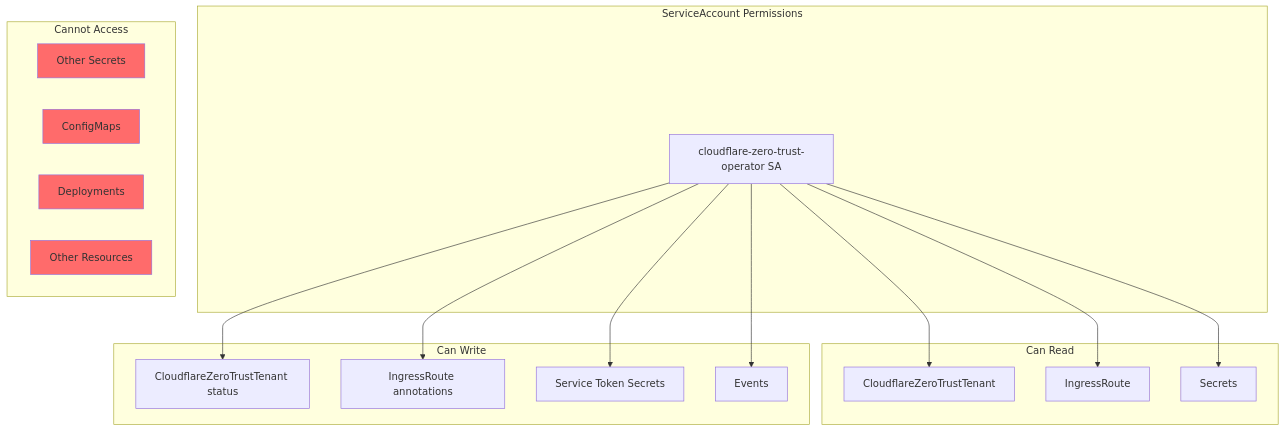
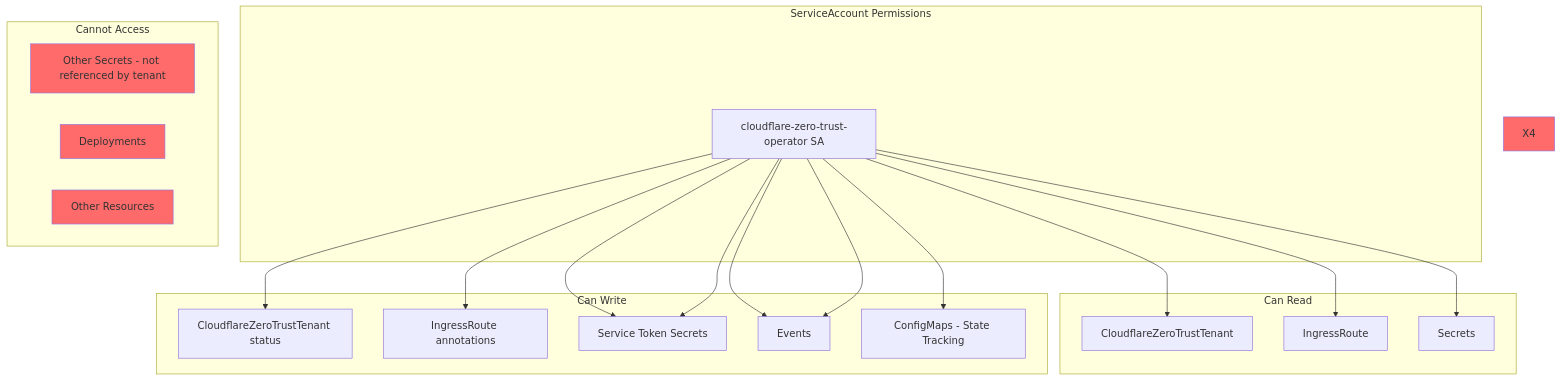
Diagram 12 of 16 in docs/architecture.md (wheetazlab/cloudflare-zero-trust-operator), drawn with Mermaid before and after one commit. The commit also changed other lines of this file and 13 other files, not shown here.

````diff
--- a/docs/architecture.md
+++ b/docs/architecture.md
@@ -620,39 +710,42 @@
 ```mermaid
 graph TB
     subgraph "ServiceAccount Permissions"
         SA[cloudflare-zero-trust-operator SA]
     end
     
     subgraph "Can Read"
         R1[CloudflareZeroTrustTenant]
         R2[IngressRoute]
         R3[Secrets]
     end
     
     subgraph "Can Write"
         W1[CloudflareZeroTrustTenant status]
         W2[IngressRoute annotations]
         W3[Service Token Secrets]
         W4[Events]
+        W5[ConfigMaps - State Tracking]
     end
     
     subgraph "Cannot Access"
-        X1[Other Secrets]
-        X2[ConfigMaps]
-        X3[Deployments]
-        X4[Other Resources]
+        X1[Other Secrets - not referenced by tenant]
+        X2[Deployments]
+        X3[Other Resources]
     end
     
     SA --> R1
     SA --> R2
     SA --> R3
     SA --> W1
     SA --> W2
     SA --> W3
     SA --> W4
+    SA --> W5
+    SA --> W3
+    SA --> W4
     
     style X1 fill:#FF6B6B
     style X2 fill:#FF6B6B
     style X3 fill:#FF6B6B
     style X4 fill:#FF6B6B
 ```
````
